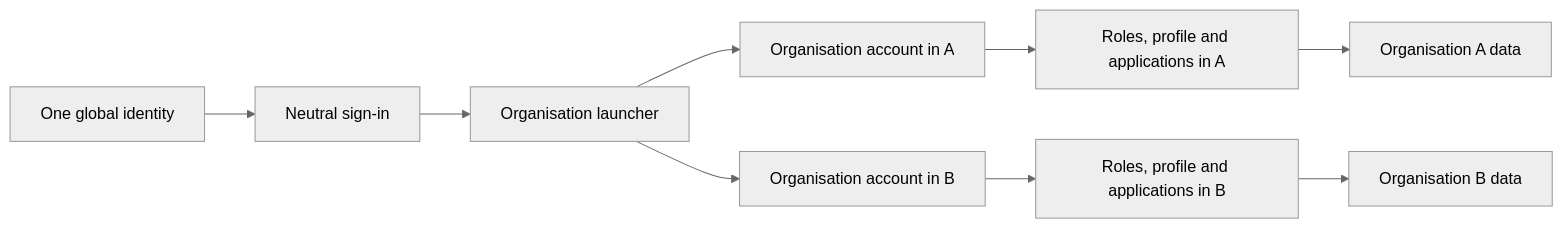
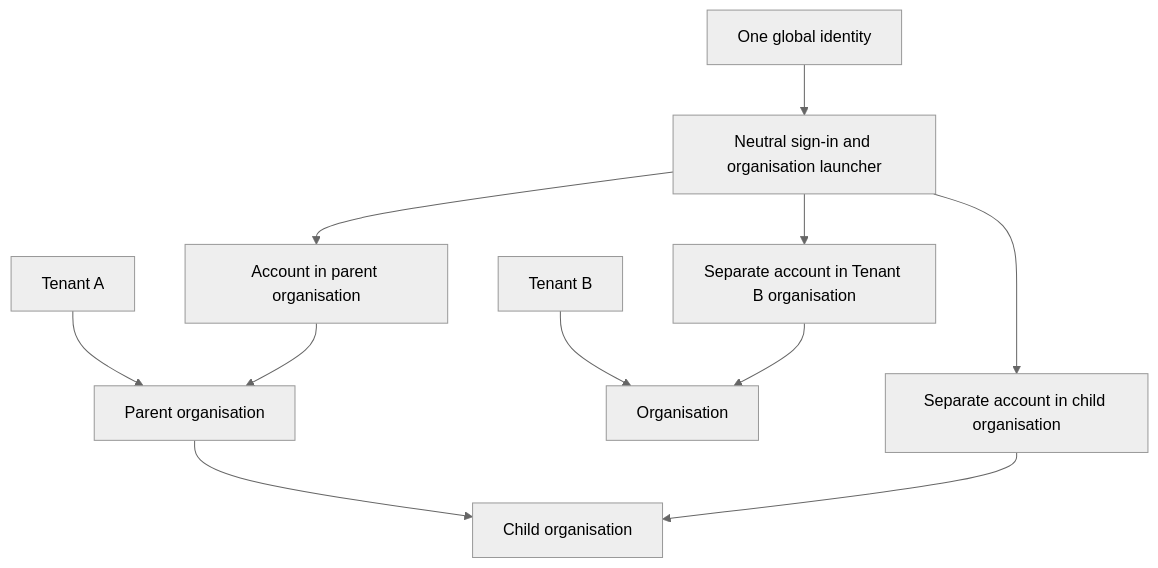
The first of 2 diagrams in docs/specification/02-people-organisations-and-sign-in.md (Abzum-NZ/Abzum-Vortex), drawn with Mermaid (neutral theme) before and after one commit. The commit also changed other lines of this file and 27 other files, not shown here.

````diff
--- a/docs/specification/02-people-organisations-and-sign-in.md
+++ b/docs/specification/02-people-organisations-and-sign-in.md
@@ -11,11 +11,13 @@
 ```mermaid
-flowchart LR
-    I[One global identity] --> S[Neutral sign-in]
-    S --> L[Organisation launcher]
-    L --> O1[Organisation account in A]
-    L --> O2[Organisation account in B]
-    O1 --> A1[Roles, profile and applications in A]
-    O2 --> A2[Roles, profile and applications in B]
-    A1 --> D1[Organisation A data]
-    A2 --> D2[Organisation B data]
+flowchart TD
+    I[One global identity] --> L[Neutral sign-in and organisation launcher]
+    T1[Tenant A] --> O1[Parent organisation]
+    O1 --> O2[Child organisation]
+    T2[Tenant B] --> O3[Organisation]
+    L --> A1[Account in parent organisation]
+    L --> A2[Separate account in child organisation]
+    L --> A3[Separate account in Tenant B organisation]
+    A1 --> O1
+    A2 --> O2
+    A3 --> O3
 ```
````
